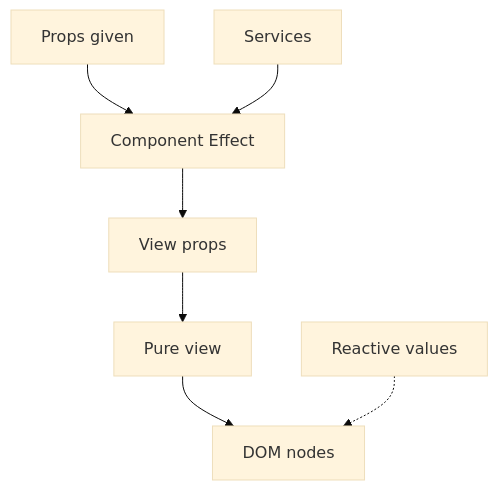
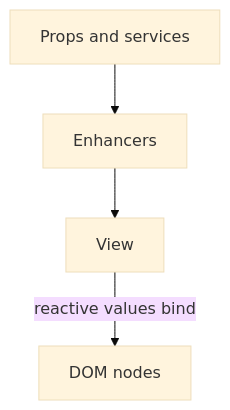
One commit to SeeThruHead/spar changed the first of 3 diagrams in LLMS.md. Above: the diagram before and after it, drawn with Mermaid (base theme). The commit also changed 6 other files, not shown here.

Commit message:
The site draws Mermaid diagrams at build time and refuses one whose text would be under 13px on a phone; the principles diagram is redrawn in the new shape

````diff
--- a/LLMS.md
+++ b/LLMS.md
@@ -507,9 +507,6 @@
 ```mermaid
 flowchart TB
-  given[Props given] --> effect[Component Effect]
-  services[Services] --> effect
-  effect --> props[View props]
-  props --> view[Pure view]
-  view --> page[DOM nodes]
-  values[Reactive values] -.-> page
+  given[Props and services] --> made[Enhancers]
+  made --> view[View]
+  view -->|reactive values bind| page[DOM nodes]
 ```
````
